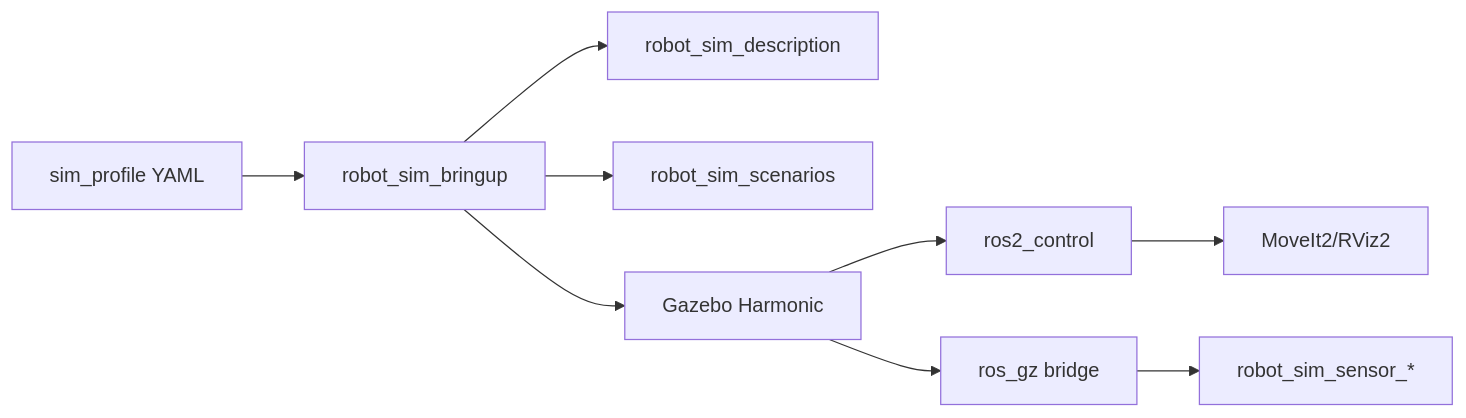
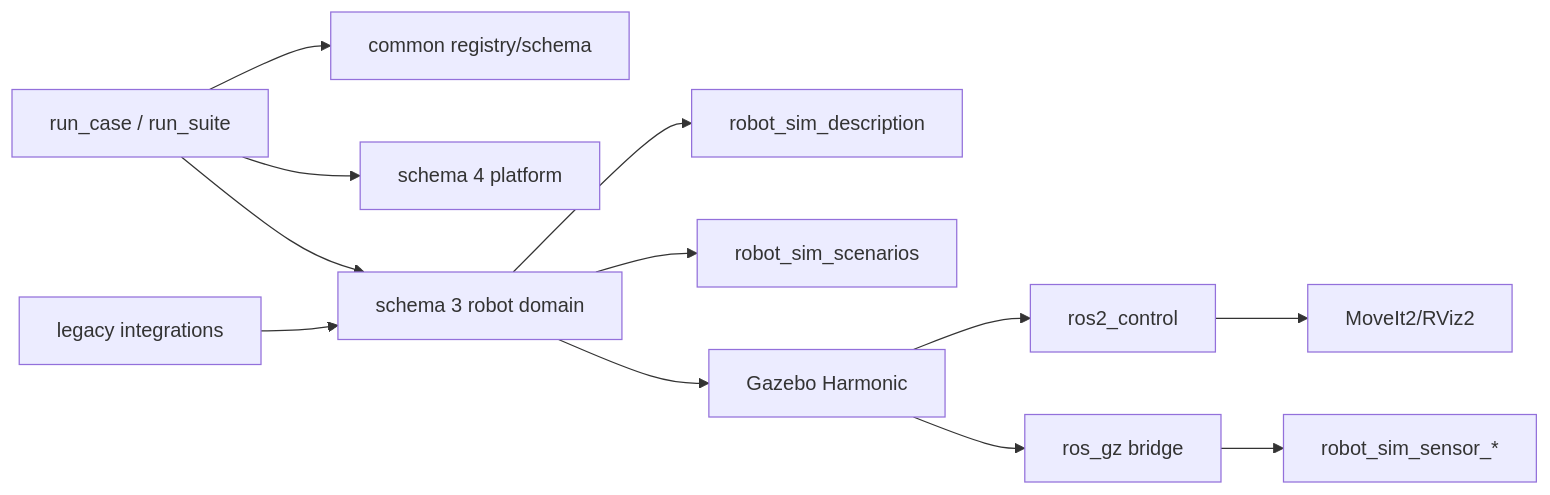
Before and after one commit to MzKyle/Robot-Sim: the diagram in docs/architecture/README.md, drawn with Mermaid. The commit also changed other lines of this file and 63 other files, not shown here.

````diff
--- a/docs/architecture/README.md
+++ b/docs/architecture/README.md
@@ -5,21 +10,27 @@
 ```mermaid
 flowchart LR
-    Profile[sim_profile YAML]
-    Bringup[robot_sim_bringup]
+    CLI[run_case / run_suite]
+    Common[common registry/schema]
+    Platform[schema 4 platform]
+    Robot[schema 3 robot domain]
+    Legacy[legacy integrations]
     Desc[robot_sim_description]
     Scenarios[robot_sim_scenarios]
     Gazebo[Gazebo Harmonic]
     Control[ros2_control]
     MoveIt[MoveIt2/RViz2]
     Bridge[ros_gz bridge]
     Sensors[robot_sim_sensor_*]
 
-    Profile --> Bringup
-    Bringup --> Desc
-    Bringup --> Scenarios
-    Bringup --> Gazebo
+    CLI --> Common
+    CLI --> Platform
+    CLI --> Robot
+    Robot --> Desc
+    Robot --> Scenarios
+    Robot --> Gazebo
     Gazebo --> Control
     Control --> MoveIt
     Gazebo --> Bridge
     Bridge --> Sensors
+    Legacy --> Robot
 ```
````
